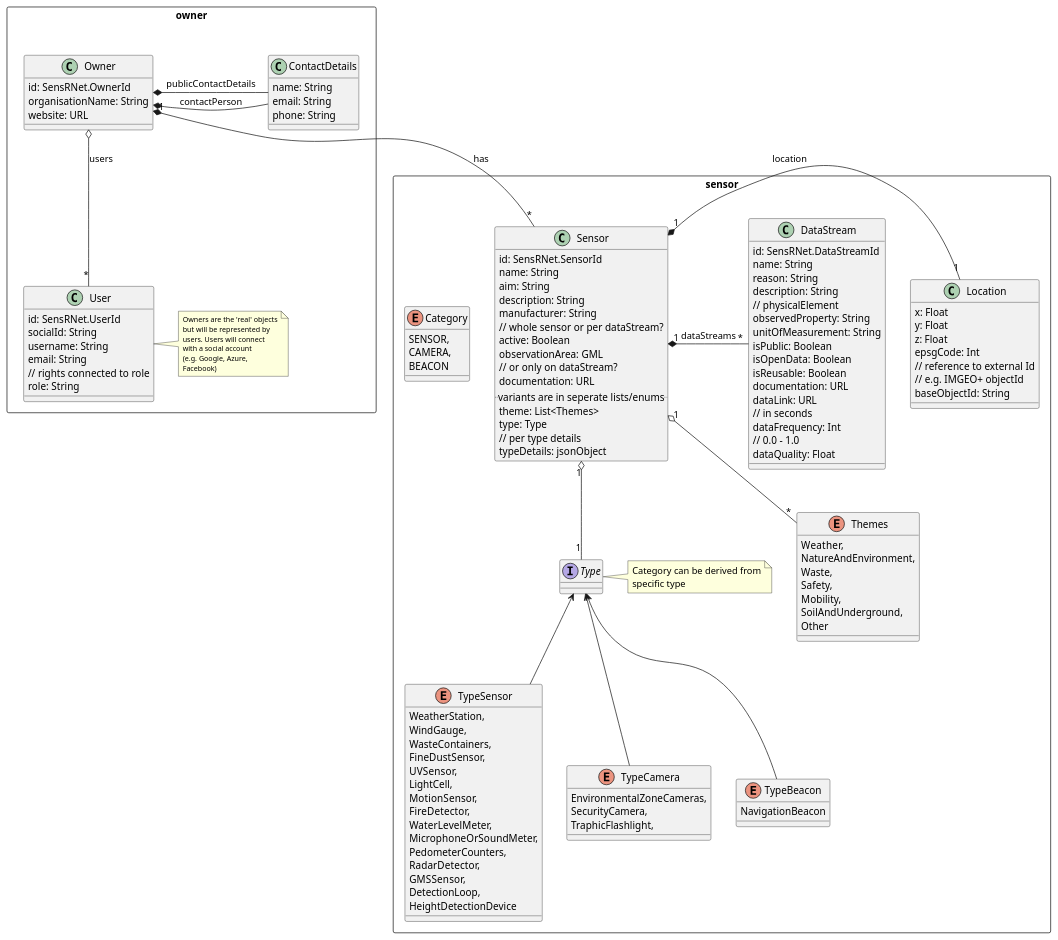
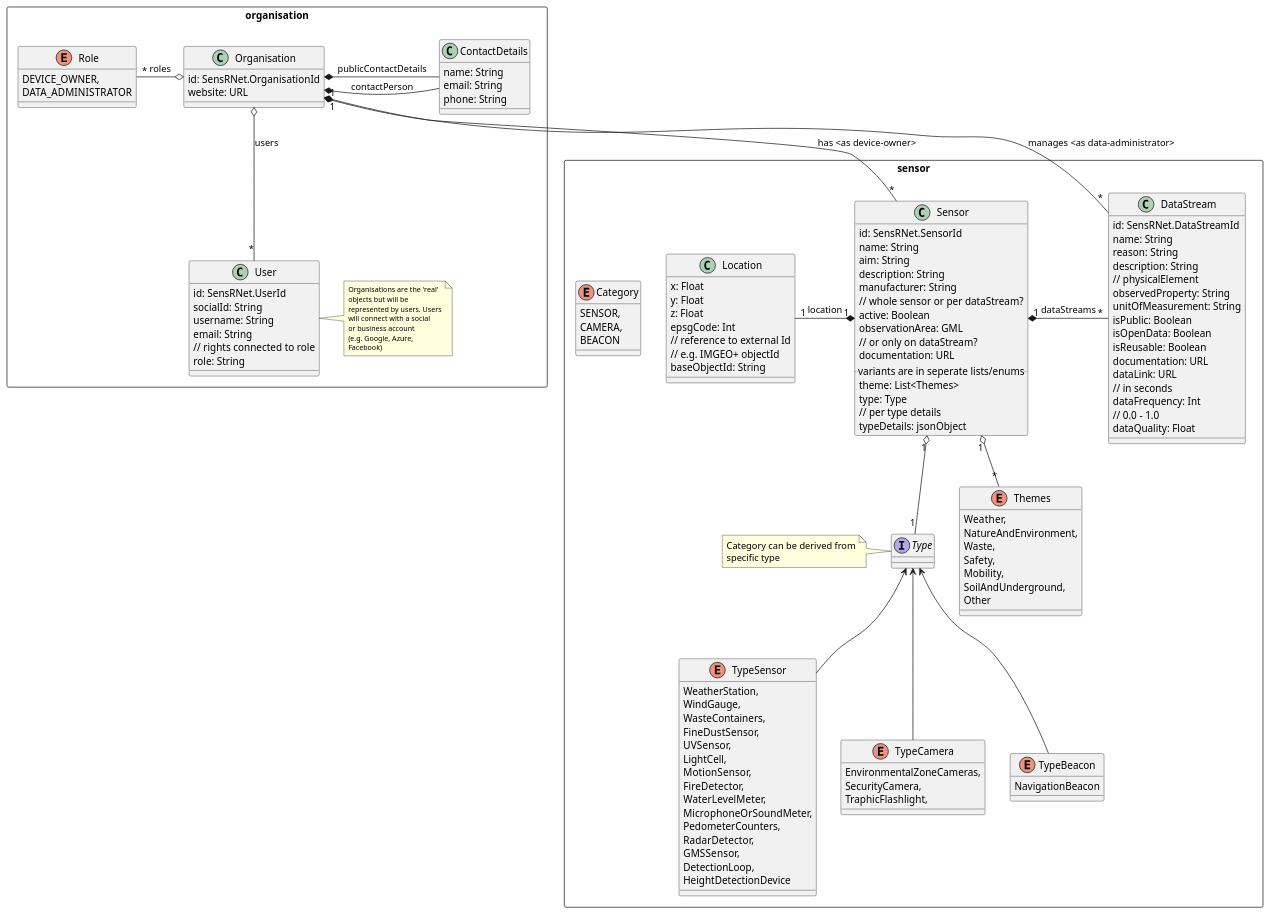
Before and after one commit to kadaster-labs/sensrnet-home: the diagram in src/model.puml, drawn with PlantUML. The commit also changed 1 other file, not shown here.

Commit message:
replaced owner with organisation with roles (#55)

```diff
--- a/src/model.puml
+++ b/src/model.puml
@@ -1,153 +1,163 @@
 @startuml "SensRNet-UML-Model"
 
-package owner <<Rectangle>> {
+package organisation <<Rectangle>> {
     together {
-        class Owner {
-            id: SensRNet.OwnerId
-            organisationName: String
-            website: URL
-        }
-
         class ContactDetails {
             name: String
             email: String
             phone: String
         }
 
-        Owner *- ContactDetails : contactPerson
-        Owner *- ContactDetails : publicContactDetails
+        class Organisation {
+            id: SensRNet.OrganisationId
+            website: URL
+        }
+
+        Organisation *- ContactDetails : contactPerson
+        Organisation *- ContactDetails : publicContactDetails
+    }
+
+    enum Role {
+        DEVICE_OWNER,
+        DATA_ADMINISTRATOR
     }
 
     class User {
         id: SensRNet.UserId
         socialId: String
         username: String
         email: String
         // rights connected to role
         role: String
     }
 
     note right
-        <size:10>Owners are the 'real' objects</size>
-        <size:10>but will be represented by</size>
-        <size:10>users. Users will connect</size>
-        <size:10>with a social account</size>
+        <size:10>Organisations are the 'real'</size>
+        <size:10>objects but will be</size>
+        <size:10>represented by users. Users</size>
+        <size:10>will connect with a social</size>
+        <size:10>or business account</size>
         <size:10>(e.g. Google, Azure, </size>
         <size:10>Facebook)</size>
     end note
 
-    Owner o-- "*" User : users
+    Organisation o-- "*" User : users
+    Organisation o- "*" Role : roles
 }
 
 package sensor <<Rectangle>> {
-    class Sensor {
-        id: SensRNet.SensorId
-        name: String
-        aim: String
-        description: String
-        manufacturer: String
-        // whole sensor or per dataStream?
-        active: Boolean 
-        observationArea: GML
-        // or only on dataStream?
-        documentation: URL
-        .. variants are in seperate lists/enums ..
-        theme: List<Themes>
-        type: Type
-        // per type details
-        typeDetails: jsonObject
+    together {
+        class Sensor {
+            id: SensRNet.SensorId
+            name: String
+            aim: String
+            description: String
+            manufacturer: String
+            // whole sensor or per dataStream?
+            active: Boolean 
+            observationArea: GML
+            // or only on dataStream?
+            documentation: URL
+            .. variants are in seperate lists/enums ..
+            theme: List<Themes>
+            type: Type
+            // per type details
+            typeDetails: jsonObject
+        }
+
+        class DataStream {
+            id: SensRNet.DataStreamId
+            name: String
+            reason: String
+            description: String
+            // physicalElement
+            observedProperty: String
+            unitOfMeasurement: String
+            isPublic: Boolean
+            isOpenData: Boolean
+            isReusable: Boolean
+            documentation: URL
+            dataLink: URL
+            // in seconds
+            dataFrequency: Int
+            // 0.0 - 1.0
+            dataQuality: Float
+        }
+
     }
 
     interface Type
 
     note left
         Category can be derived from
         specific type
     end note
 
     enum Category {
         SENSOR,
         CAMERA,
         BEACON
     }
 
     enum Themes {
         Weather,
         NatureAndEnvironment,
         Waste,
         Safety,
         Mobility,
         SoilAndUnderground,
         Other
     }
 
     enum TypeSensor {
         WeatherStation,
         WindGauge,
         WasteContainers,
         FineDustSensor,
         UVSensor,
         LightCell,
         MotionSensor,
         FireDetector,
         WaterLevelMeter,
         MicrophoneOrSoundMeter,
         PedometerCounters,
         RadarDetector,
         GMSSensor,
         DetectionLoop,
         HeightDetectionDevice
     }
 
     enum TypeCamera {
         EnvironmentalZoneCameras,
         SecurityCamera,
         TraphicFlashlight,
     }
 
     enum TypeBeacon {
         NavigationBeacon
     }
 
     class Location {
         x: Float
         y: Float
         z: Float
         epsgCode: Int
         // reference to external Id
         // e.g. IMGEO+ objectId
         baseObjectId: String
     }
 
-    class DataStream {
-        id: SensRNet.DataStreamId
-        name: String
-        reason: String
-        description: String
-        // physicalElement
-        observedProperty: String
-        unitOfMeasurement: String
-        isPublic: Boolean
-        isOpenData: Boolean
-        isReusable: Boolean
-        documentation: URL
-        dataLink: URL
-        // in seconds
-        dataFrequency: Int
-        // 0.0 - 1.0
-        dataQuality: Float
-    }
-
     Sensor "1" *- "1" Location : location
     Sensor "1" *- "*" DataStream : dataStreams
 
     Sensor "1" o-- "*" Themes
     Sensor "1" o-- "1" Type
     Type <-- TypeSensor
     Type <-- TypeBeacon
     Type <-- TypeCamera
 }
 
-Owner "1" *-- "*" Sensor : has
+Organisation "1" *-- "*" Sensor : has <as device-owner>
+Organisation "1" *-- "*" DataStream : manages <as data-administrator>
 
 @enduml
```
